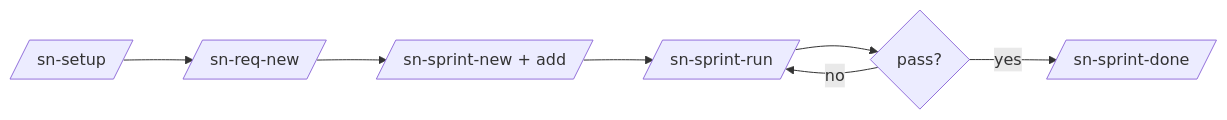
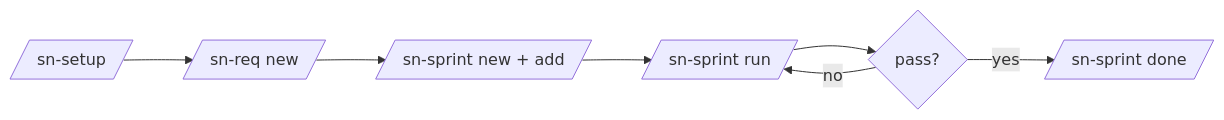
The diagram in README.md (siripol/setup_project_plugin), drawn with Mermaid before and after one commit. The commit also changed other lines of this file and 37 other files, not shown here.

````diff
--- a/README.md
+++ b/README.md
@@ -14,9 +14,9 @@
 ```mermaid
 flowchart LR
-    A[/sn-setup/] --> B[/sn-req-new/]
-    B --> C[/sn-sprint-new + add/]
-    C --> D[/sn-sprint-run/]
+    A[/sn-setup/] --> B[/sn-req new/]
+    B --> C[/sn-sprint new + add/]
+    C --> D[/sn-sprint run/]
     D --> E{pass?}
     E -- no --> D
-    E -- yes --> F[/sn-sprint-done/]
+    E -- yes --> F[/sn-sprint done/]
 ```
````
